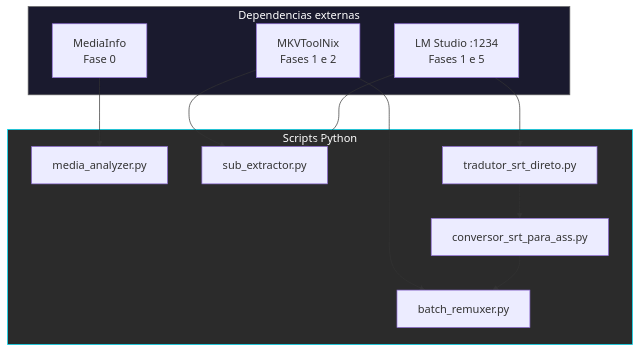
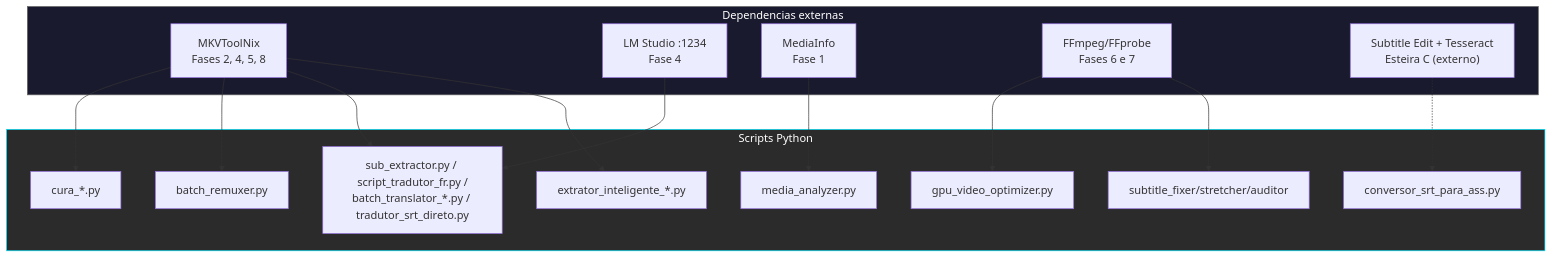
Before and after one commit to carmipa/projeto-tracker-animes-traducao: the eighth of 8 diagrams in docs/arquitetura.md, drawn with Mermaid. The commit also changed other lines of this file and 14 other files, not shown here.

````diff
--- a/docs/arquitetura.md
+++ b/docs/arquitetura.md
@@ -66,27 +237,34 @@
 ```mermaid
 flowchart TB
     subgraph DEP["Dependencias externas"]
-        MKVT["MKVToolNix<br/>Fases 1 e 2"]
-        LM["LM Studio :1234<br/>Fases 1 e 5"]
-        MI["MediaInfo<br/>Fase 0"]
+        MKVT["MKVToolNix\nFases 2, 4, 5, 8"]
+        LM["LM Studio :1234\nFase 4"]
+        MI["MediaInfo\nFase 1"]
+        FF["FFmpeg/FFprobe\nFases 6 e 7"]
+        OCRX["Subtitle Edit + Tesseract\nEsteira C (externo)"]
     end
 
     subgraph PY["Scripts Python"]
-        S0["media_analyzer.py"]
-        S1["sub_extractor.py"]
-        S2["batch_remuxer.py"]
-        S5["tradutor_srt_direto.py"]
-        S6["conversor_srt_para_ass.py"]
+        S1["media_analyzer.py"]
+        S2["extrator_inteligente_*.py"]
+        S3["conversor_srt_para_ass.py"]
+        S4["sub_extractor.py / script_tradutor_fr.py /\nbatch_translator_*.py / tradutor_srt_direto.py"]
+        S5["batch_remuxer.py"]
+        S6["subtitle_fixer/stretcher/auditor"]
+        S7["gpu_video_optimizer.py"]
+        S8["cura_*.py"]
     end
 
-    MI --> S0
-    MKVT --> S1
+    MI --> S1
     MKVT --> S2
-    LM --> S1
-    LM --> S5
-    S5 --> S6
-    S6 --> S2
+    MKVT --> S4
+    MKVT --> S5
+    MKVT --> S8
+    LM --> S4
+    FF --> S6
+    FF --> S7
+    OCRX -.-> S3
 
     style DEP fill:#1a1a2e,stroke:#666,color:#fff
     style PY fill:#2b2b2b,stroke:#00E5FF,color:#fff
 ```
````
